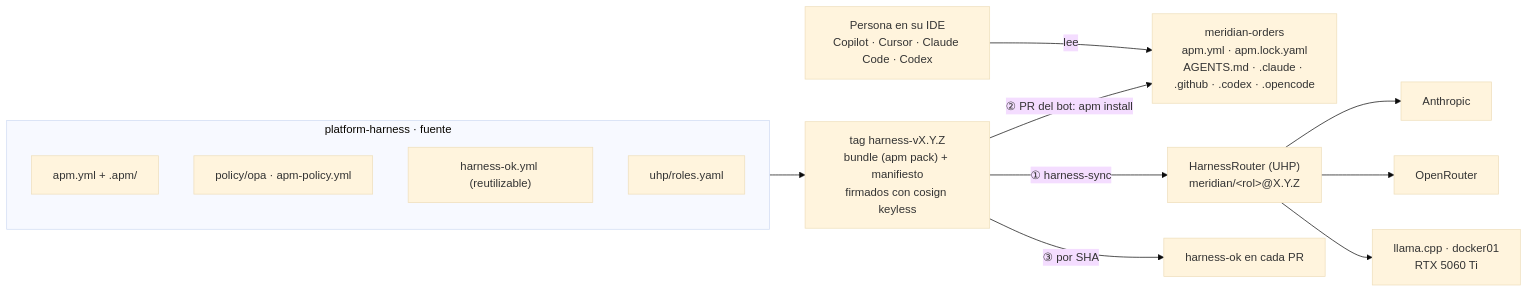
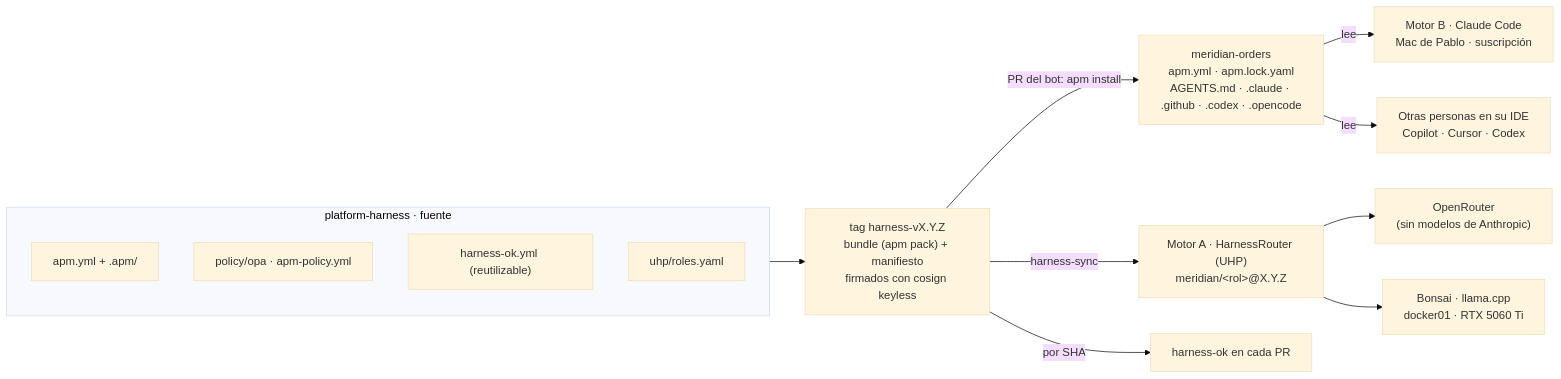
The first of 2 diagrams in docs/lab/harness.md (elpalmeral-org/agentic-platform-lab), drawn with Mermaid (base theme) before and after one commit. The commit also changed other lines of this file and 9 other files, not shown here.

````diff
--- a/docs/lab/harness.md
+++ b/docs/lab/harness.md
@@ -29,18 +31,18 @@
 ```mermaid
 flowchart LR
     subgraph SRC["platform-harness · fuente"]
         APMY["apm.yml + .apm/"]
         POL["policy/opa · apm-policy.yml"]
         WF["harness-ok.yml (reutilizable)"]
         ROLES["uhp/roles.yaml"]
     end
     REL["tag harness-vX.Y.Z<br/>bundle (apm pack) + manifiesto<br/>firmados con cosign keyless"]
     SRC --> REL
-    REL -->|"② PR del bot: apm install"| APP["meridian-orders<br/>apm.yml · apm.lock.yaml<br/>AGENTS.md · .claude · .github · .codex · .opencode"]
-    REL -->|"① harness-sync"| HR["HarnessRouter (UHP)<br/>meridian/&lt;rol&gt;@X.Y.Z"]
-    REL -->|"③ por SHA"| GATE["harness-ok en cada PR"]
-    HR --> P1["Anthropic"]
-    HR --> P2["OpenRouter"]
-    HR --> P3["llama.cpp · docker01<br/>RTX 5060 Ti"]
-    IDE["Persona en su IDE<br/>Copilot · Cursor · Claude Code · Codex"] -->|lee| APP
+    REL -->|"PR del bot: apm install"| APP["meridian-orders<br/>apm.yml · apm.lock.yaml<br/>AGENTS.md · .claude · .github · .codex · .opencode"]
+    REL -->|"harness-sync"| HR["Motor A · HarnessRouter (UHP)<br/>meridian/&lt;rol&gt;@X.Y.Z"]
+    REL -->|"por SHA"| GATE["harness-ok en cada PR"]
+    HR --> P2["OpenRouter<br/>(sin modelos de Anthropic)"]
+    HR --> P3["Bonsai · llama.cpp<br/>docker01 · RTX 5060 Ti"]
+    APP -->|lee| CC["Motor B · Claude Code<br/>Mac de Pablo · suscripción"]
+    APP -->|lee| IDE["Otras personas en su IDE<br/>Copilot · Cursor · Codex"]
 ```
````
